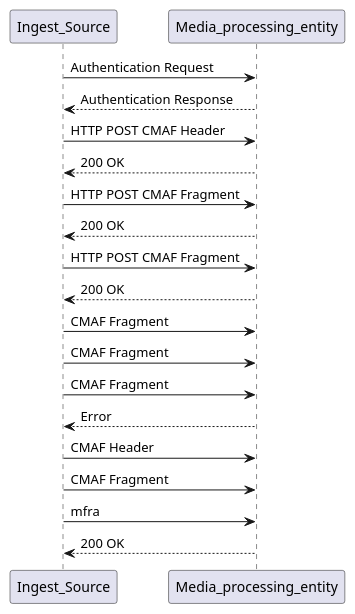
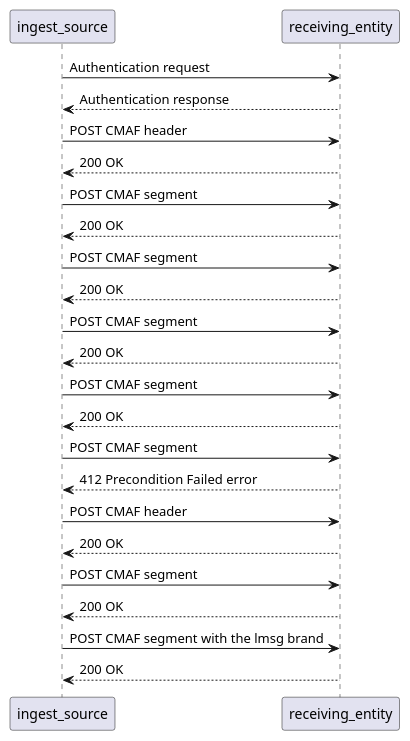
One commit to Dash-Industry-Forum/Ingest changed the diagram in Diagrams/media-ingest.wsd. Above: the diagram before and after it, drawn with PlantUML.

```diff
--- a/Diagrams/media-ingest.wsd
+++ b/Diagrams/media-ingest.wsd
@@ -1,23 +1,26 @@
 @startuml
-Ingest_Source -> Media_processing_entity: Authentication Request
-Media_processing_entity --> Ingest_Source: Authentication Response
+ingest_source -> receiving_entity: Authentication request
+receiving_entity --> ingest_source: Authentication response
 
-Ingest_Source -> Media_processing_entity: HTTP POST CMAF Header
-Media_processing_entity --> Ingest_Source: 200 OK
+ingest_source -> receiving_entity: POST CMAF header
+receiving_entity --> ingest_source: 200 OK
 
-Ingest_Source -> Media_processing_entity: HTTP POST CMAF Fragment
-Media_processing_entity --> Ingest_Source: 200 OK 
+ingest_source -> receiving_entity: POST CMAF segment
+receiving_entity --> ingest_source: 200 OK 
 
-Ingest_Source -> Media_processing_entity: HTTP POST CMAF Fragment
-Media_processing_entity --> Ingest_Source: 200 OK
+ingest_source -> receiving_entity: POST CMAF segment
+receiving_entity --> ingest_source: 200 OK
 
-Ingest_Source -> Media_processing_entity: CMAF Fragment
-Ingest_Source -> Media_processing_entity: CMAF Fragment
-Ingest_Source -> Media_processing_entity: CMAF Fragment
-
-Media_processing_entity --> Ingest_Source: Error
-Ingest_Source -> Media_processing_entity: CMAF Header
-Ingest_Source -> Media_processing_entity: CMAF Fragment
-Ingest_Source -> Media_processing_entity: mfra
-Media_processing_entity --> Ingest_Source: 200 OK
+ingest_source -> receiving_entity: POST CMAF segment
+receiving_entity --> ingest_source: 200 OK
+ingest_source -> receiving_entity: POST CMAF segment
+receiving_entity --> ingest_source: 200 OK
+ingest_source -> receiving_entity: POST CMAF segment
+receiving_entity --> ingest_source: 412 Precondition Failed error
+ingest_source -> receiving_entity: POST CMAF header
+receiving_entity --> ingest_source: 200 OK
+ingest_source -> receiving_entity: POST CMAF segment
+receiving_entity --> ingest_source: 200 OK
+ingest_source -> receiving_entity: POST CMAF segment with the lmsg brand
+receiving_entity --> ingest_source: 200 OK
 @enduml
```
